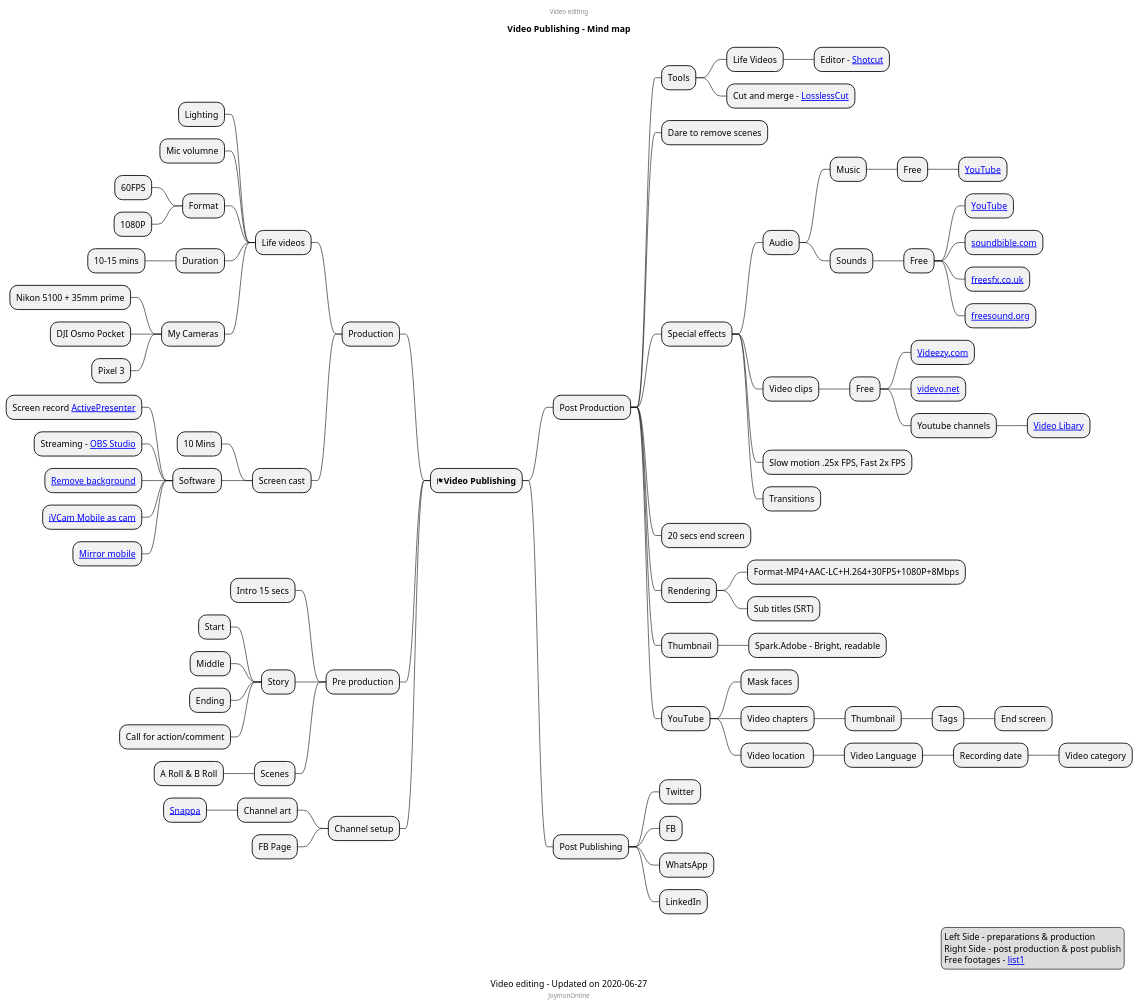
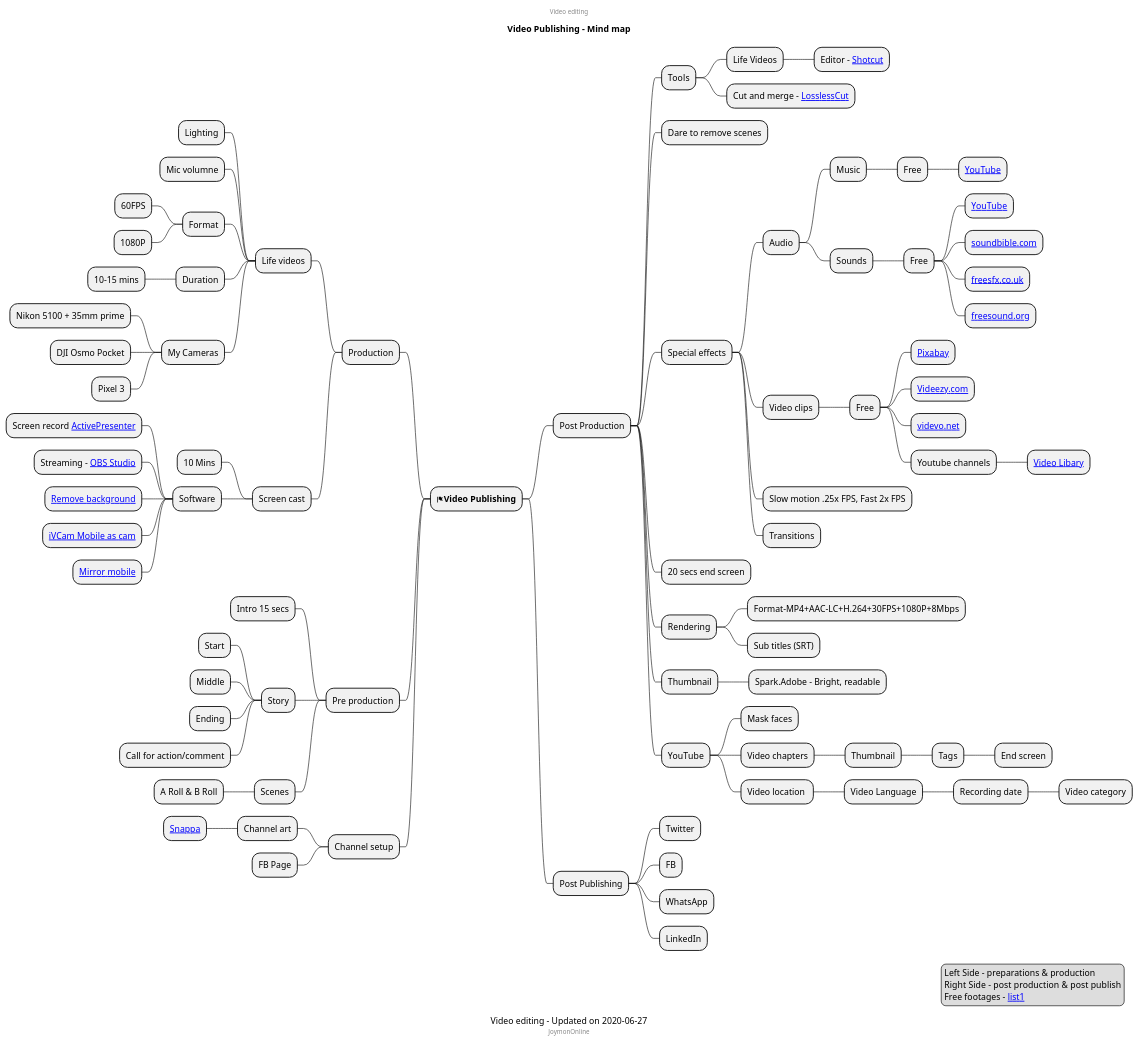
The diagram in media/video/publishing.puml (mind-maps/technology), drawn with PlantUML before and after one commit.

```diff
--- a/media/video/publishing.puml
+++ b/media/video/publishing.puml
@@ -1,101 +1,102 @@
 @startmindmap
 caption Video editing - Updated on 2020-06-27
 title Video Publishing - Mind map
 center header
 Video editing
 endheader
 
 * <&flag><b>Video Publishing</b>
 
 ** Post Production
 *** Tools
 **** Life Videos
 ***** Editor - [[https://shotcut.org/download/ Shotcut]]
 **** Cut and merge - [[https://github.com/mifi/lossless-cut/releases LosslessCut]]
 
 *** Dare to remove scenes
 *** Special effects
 **** Audio
 ***** Music
 ****** Free
 ******* [[https://www.youtube.com/audiolibrary/music?nv=1 YouTube]]
 ***** Sounds
 ****** Free
 ******* [[https://www.youtube.com/audiolibrary/soundeffects?nv=1 YouTube]]
 ******* [[https://soundbible.com/ soundbible.com]]
 ******* [[https://freesfx.co.uk/ freesfx.co.uk]]
 ******* [[https://freesound.org/ freesound.org]]
 **** Video clips
 ***** Free
+****** [[https://pixabay.com/ Pixabay]]
 ****** [[https://www.videezy.com/ Videezy.com]]
 ****** [[https://www.videvo.net/ videvo.net]]
 ****** Youtube channels
 ******* [[https://www.youtube.com/channel/UC8ScFr0TdBPz9bLElei6-VA/videos Video Libary]]
 **** Slow motion .25x FPS, Fast 2x FPS
 **** Transitions
 *** 20 secs end screen
 *** Rendering
 **** Format-MP4+AAC-LC+H.264+30FPS+1080P+8Mbps
 **** Sub titles (SRT)
 *** Thumbnail
 **** Spark.Adobe - Bright, readable
 *** YouTube
 **** Mask faces
 **** Video chapters
 ***** Thumbnail
 ****** Tags
 ******* End screen
 **** Video location 
 ***** Video Language
 ****** Recording date
 ******* Video category
 
 ** Post Publishing
 *** Twitter
 *** FB
 *** WhatsApp
 *** LinkedIn
 
 left side
 ** Production
 *** Life videos
 **** Lighting
 **** Mic volumne
 **** Format
 ***** 60FPS
 ***** 1080P
 **** Duration
 ***** 10-15 mins
 **** My Cameras
 ***** Nikon 5100 + 35mm prime
 ***** DJI Osmo Pocket
 ***** Pixel 3
 *** Screen cast
 **** 10 Mins
 **** Software
 ***** Screen record [[https://atomisystems.com/download/ ActivePresenter]]
 ***** Streaming - [[https://obsproject.com/download OBS Studio]]
 ***** [[https://www.chromacam.me/ Remove background]]
 ***** [[https://www.e2esoft.com/ivcam/ iVCam Mobile as cam]]
 ***** [[https://www.apowersoft.com/phone-mirror Mirror mobile]]
 ** Pre production
 *** Intro 15 secs
 *** Story
 **** Start
 **** Middle
 **** Ending
 ****  Call for action/comment
 *** Scenes
 **** A Roll & B Roll
 ** Channel setup
 *** Channel art
 **** [[https://snappa.com/ Snappa]]
 *** FB Page
 center footer JoymonOnline
 
 legend right
   Left Side - preparations & production
   Right Side -  post production & post publish
   Free footages - [[https://www.oberlo.com/blog/free-stock-video-websites list1]]
 endlegend
 @endmindmap
```
